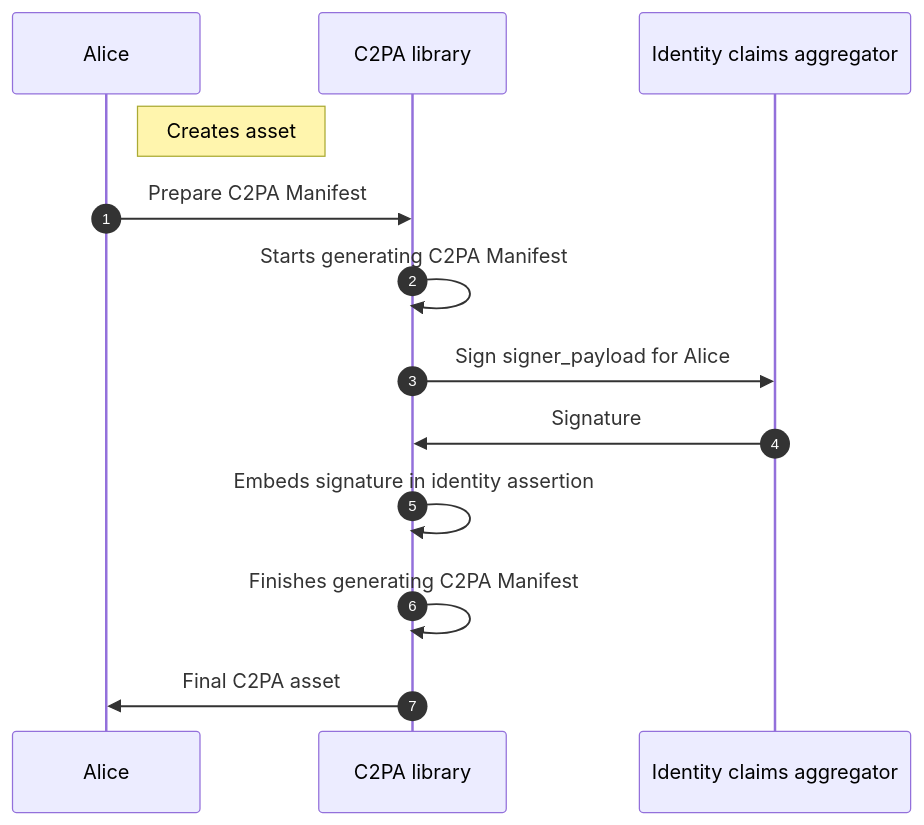
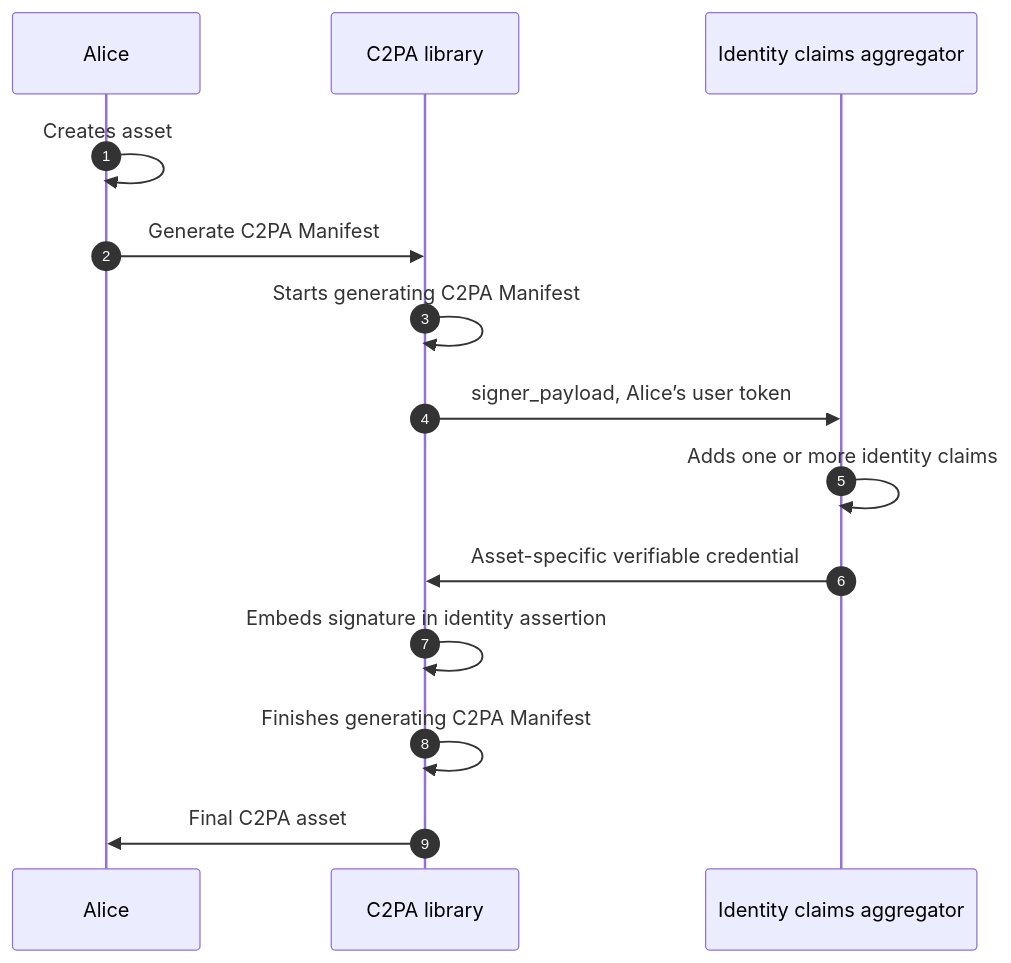
Before and after one commit to creator-assertions/identity-assertion: the third of 4 diagrams in docs/modules/ROOT/pages/index.adoc, drawn with Mermaid. The commit also changed other lines of this file, not shown here.

```diff
--- a/docs/modules/ROOT/pages/index.adoc
+++ b/docs/modules/ROOT/pages/index.adoc
@@ -837,18 +837,18 @@
 [mermaid,width=100%]
 ....
 sequenceDiagram
   autonumber
   participant A as Alice
   participant C2PA as C2PA library
   participant ICA as Identity claims aggregator
 
-  note right of A: Creates asset
-
-  A ->> C2PA: Prepare C2PA Manifest
+  A ->> A: Creates asset
+  A ->> C2PA: Generate C2PA Manifest
   C2PA ->> C2PA: Starts generating C2PA Manifest
-  C2PA ->> ICA: Sign signer_payload for Alice
-  ICA ->> C2PA: Signature
+  C2PA ->> ICA: signer_payload, Alice’s user token
+  ICA ->> ICA: Adds one or more identity claims
+  ICA ->> C2PA: Asset-specific verifiable credential
   C2PA ->> C2PA: Embeds signature in identity assertion
   C2PA ->> C2PA: Finishes generating C2PA Manifest
   C2PA ->> A: Final C2PA asset
 ....
```
